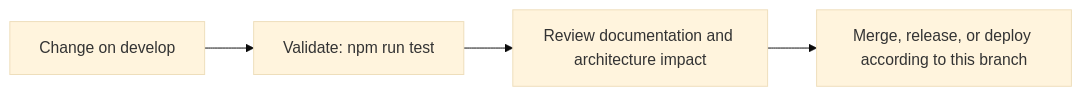
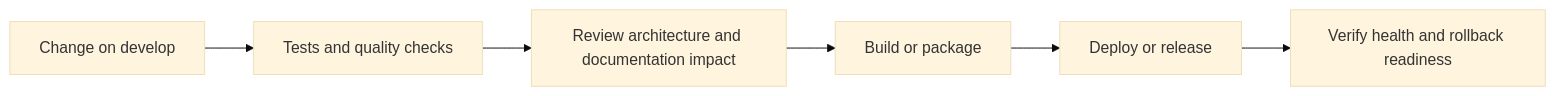
One commit to Nischhalsubba/Sourcement changed the fourth of 5 diagrams in README.md. Above: the diagram before and after it, drawn with Mermaid (base theme). The commit also changed other lines of this file, not shown here.

````diff
--- a/README.md
+++ b/README.md
@@ -63,8 +143,8 @@
 ```mermaid
 flowchart LR
-    CHANGE["Change on develop"]
-    CHECK["Validate: npm run test"]
-    REVIEW["Review documentation and architecture impact"]
-    RELEASE["Merge, release, or deploy according to this branch"]
-    CHANGE --> CHECK --> REVIEW --> RELEASE
+    CHANGE["Change on develop"] --> CHECK["Tests and quality checks"]
+    CHECK --> REVIEW["Review architecture and documentation impact"]
+    REVIEW --> BUILD["Build or package"]
+    BUILD --> DEPLOY["Deploy or release"]
+    DEPLOY --> VERIFY["Verify health and rollback readiness"]
 ```
````
